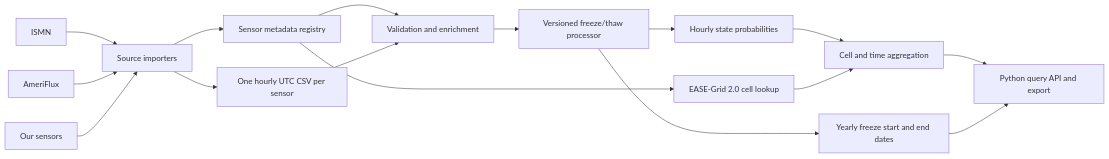
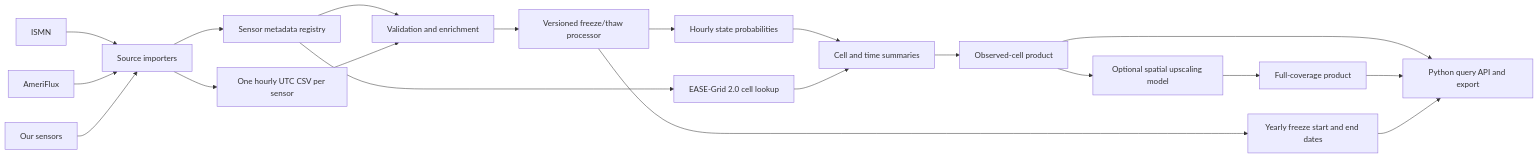
One commit to hesam-salmabadi/sfcc-label changed the diagram in WORKFLOW.md. Above: the diagram before and after it, drawn with Mermaid. The commit also changed other lines of this file and 4 other files, not shown here.

````diff
--- a/WORKFLOW.md
+++ b/WORKFLOW.md
@@ -5,18 +5,22 @@
 ```mermaid
 flowchart LR
     A[ISMN] --> D[Source importers]
     B[AmeriFlux] --> D
     C[Our sensors] --> D
     D --> E[Sensor metadata registry]
     D --> F[One hourly UTC CSV per sensor]
     E --> G[Validation and enrichment]
     F --> G
     G --> H[Versioned freeze/thaw processor]
     H --> I[Hourly state probabilities]
     H --> J[Yearly freeze start and end dates]
     E --> K[EASE-Grid 2.0 cell lookup]
-    I --> L[Cell and time aggregation]
+    I --> L[Cell and time summaries]
     K --> L
-    L --> M[Python query API and export]
-    J --> M
+    L --> M[Observed-cell product]
+    M --> O[Python query API and export]
+    N[Optional spatial upscaling model] --> P[Full-coverage product]
+    M --> N
+    P --> O
+    J --> O
 ```
````
